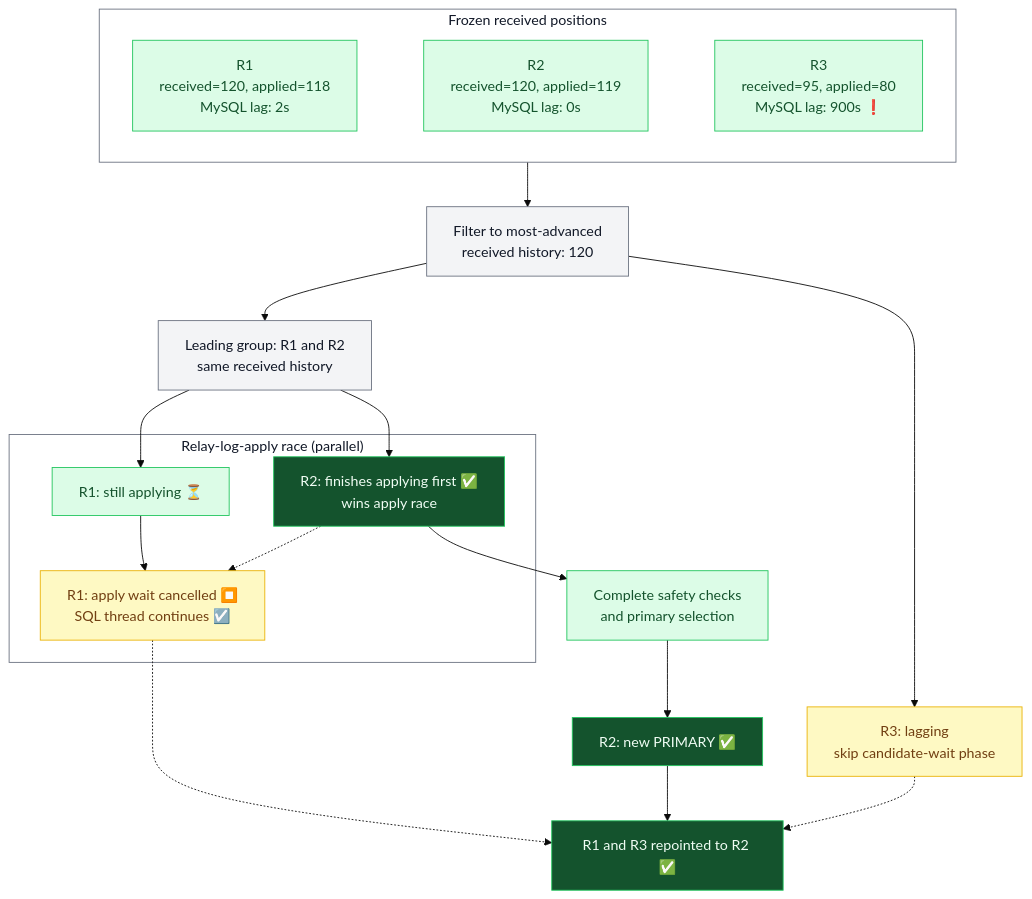
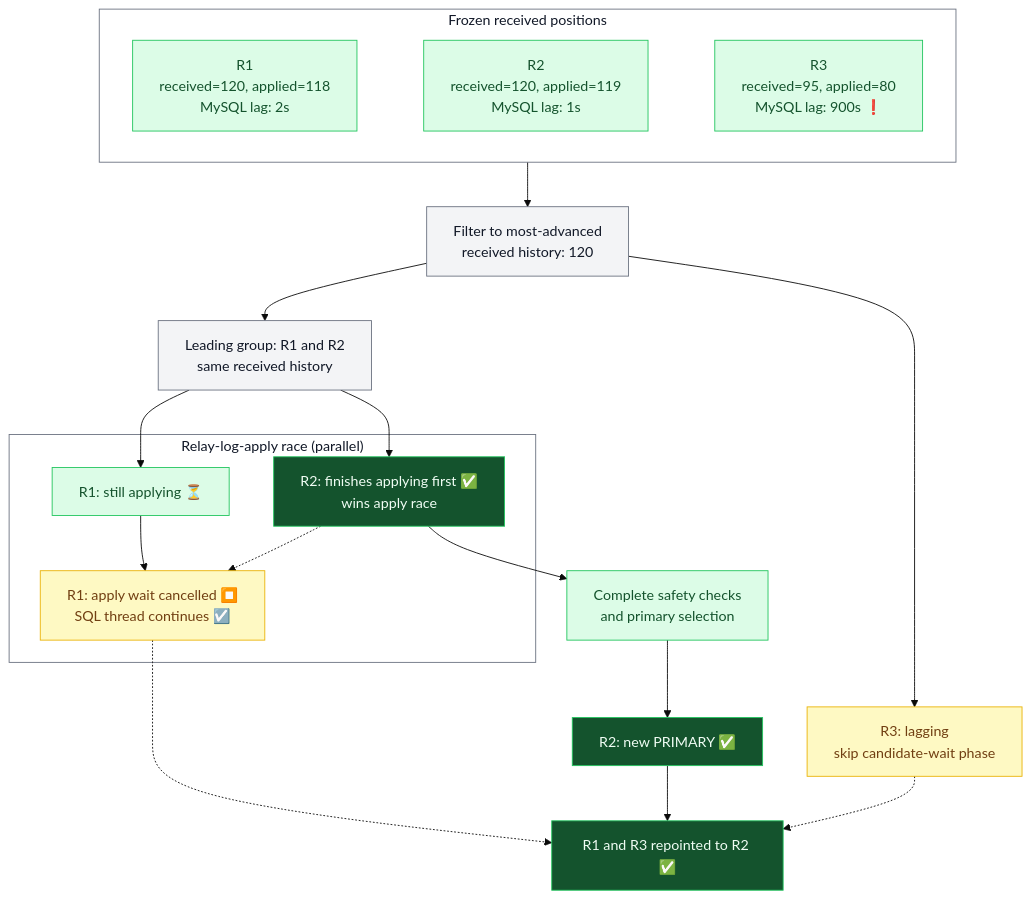
Before and after one commit to vitessio/website: the third of 3 diagrams in content/en/blog/2026-09-23-hardening-emergency-reparent-shard.md, drawn with Mermaid (base theme). The commit also changed other lines of this file, not shown here.

````diff
--- a/content/en/blog/2026-09-23-hardening-emergency-reparent-shard.md
+++ b/content/en/blog/2026-09-23-hardening-emergency-reparent-shard.md
@@ -102,39 +102,39 @@
 ```mermaid
 graph TD
     subgraph Positions["Frozen received positions"]
         direction LR
         R1["R1<br/>received=120, applied=118<br/>MySQL lag: 2s"]
-        R2["R2<br/>received=120, applied=119<br/>MySQL lag: 0s"]
+        R2["R2<br/>received=120, applied=119<br/>MySQL lag: 1s"]
         R3["R3<br/>received=95, applied=80<br/>MySQL lag: 900s ❗"]
         R1 ~~~ R2 ~~~ R3
     end
 
     Positions --> Filter["Filter to most-advanced<br/>received history: 120"]
     Filter --> Leading["Leading group: R1 and R2<br/>same received history"]
     Filter --> Skipped["R3: lagging<br/>skip candidate-wait phase"]
 
     Leading --> ApplyR1
     Leading --> ApplyR2
     subgraph Race["Relay-log-apply race (parallel)"]
         ApplyR1["R1: still applying ⏳"]
         ApplyR2["R2: finishes applying first ✅<br/>wins apply race"]
         ApplyR1 --> Cancelled["R1: apply wait cancelled ⏹️<br/>SQL thread continues ☑️"]
         ApplyR2 -.-> Cancelled
     end
 
     ApplyR2 --> Checks["Complete safety checks<br/>and primary selection"]
     Checks --> Primary["R2: new PRIMARY ✅"]
     Primary --> Repoint["R1 and R3 repointed to R2 ✅"]
     Cancelled -.-> Repoint
     Skipped -.-> Repoint
 
     classDef default fill:#f3f4f6,stroke:#6b7280,color:#111827
     classDef healthy fill:#dcfce7,stroke:#22c55e,color:#14532d
     classDef warning fill:#fef9c3,stroke:#eab308,color:#713f12
     classDef completed fill:#14532d,stroke:#22c55e,color:#f0fdf4
     class R1,R2,R3,ApplyR1,Checks healthy
     class Skipped,Cancelled warning
     class ApplyR2,Primary,Repoint completed
     style Positions fill:#ffffff,stroke:#6b7280,color:#111827
     style Race fill:#ffffff,stroke:#6b7280,color:#111827
 ```
````
